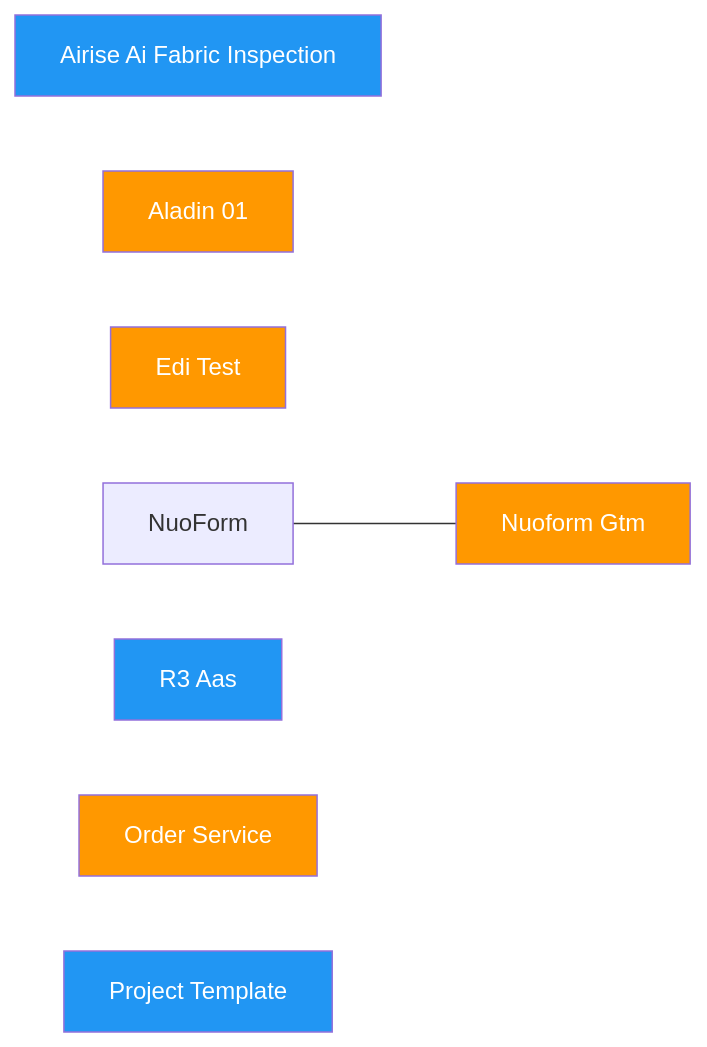
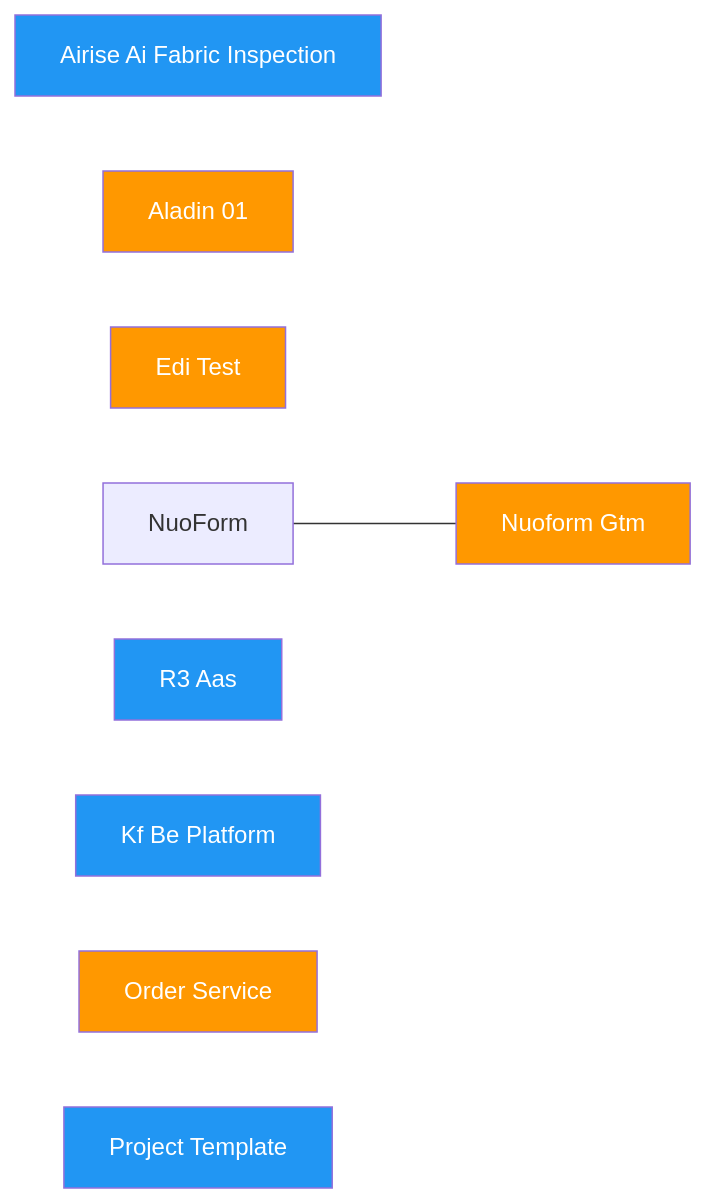
One commit to Katty-Fashion/kf-cpto changed the diagram in docs/dependency-graph.md. Above: the diagram before and after it, drawn with Mermaid. The commit also changed other lines of this file and 10 other files, not shown here.

````diff
--- a/docs/dependency-graph.md
+++ b/docs/dependency-graph.md
@@ -10,14 +10,15 @@
 ```mermaid
 graph LR
     AIRise-ai-fabric-inspection[Airise Ai Fabric Inspection]:::eu
     Aladin-01[Aladin 01]:::internal
     Edi-test[Edi Test]:::internal
     NuoForm---GTM[Nuoform   Gtm]:::internal
     R3-AAS[R3 Aas]:::eu
+    kf-be-platform[Kf Be Platform]:::eu
     order-service[Order Service]:::internal
     project-template[Project Template]:::eu
 
     classDef saas fill:#4CAF50,color:#fff
     classDef eu fill:#2196F3,color:#fff
     classDef internal fill:#FF9800,color:#fff
 ```
````
